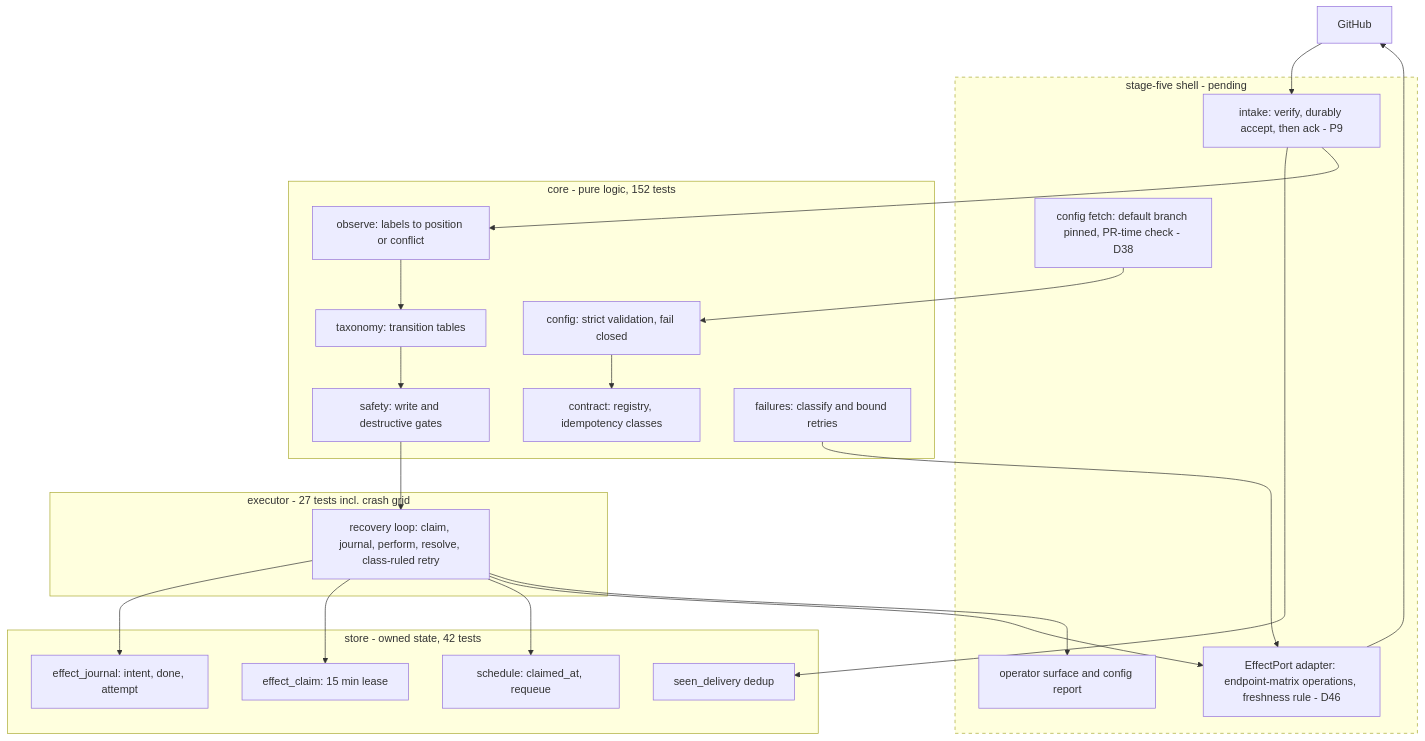
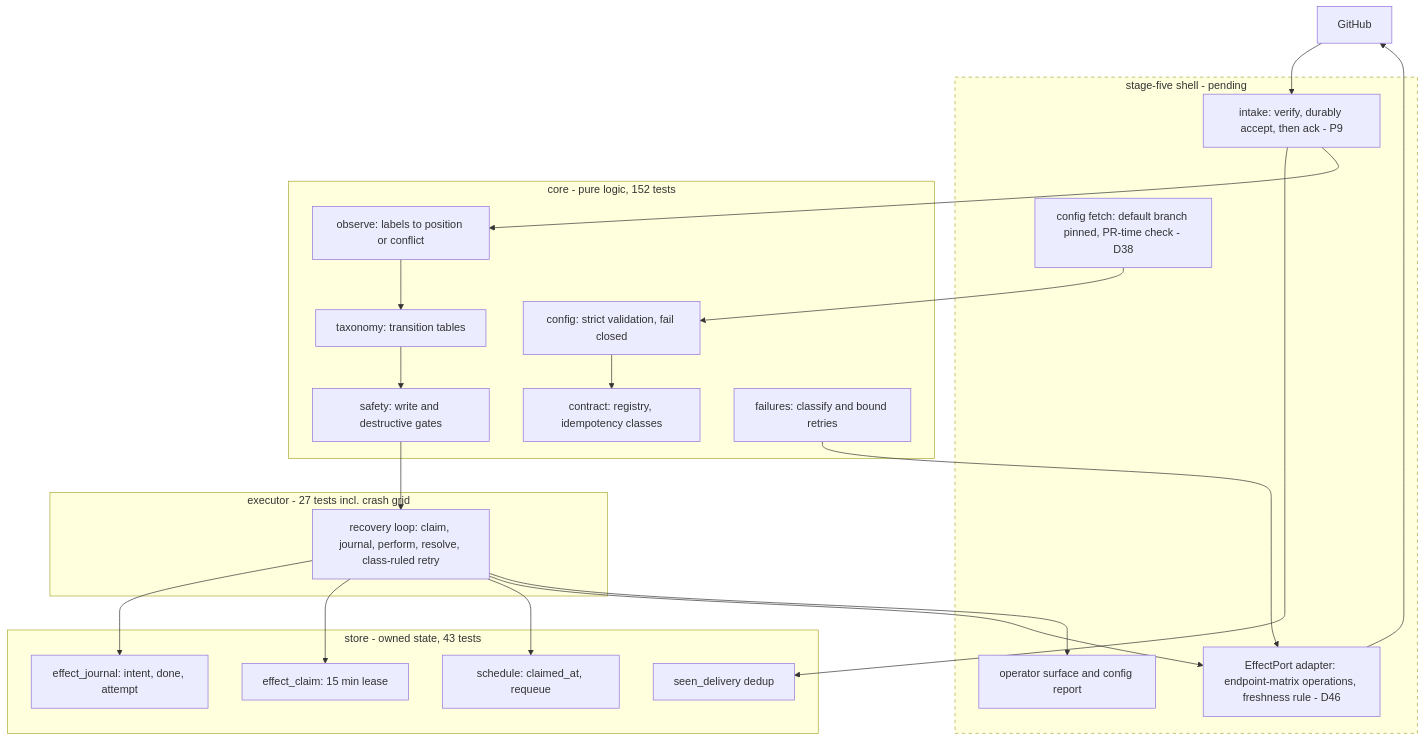
Before and after one commit to cheese-cakee/sdk-automations: the second of 2 diagrams in design/architecture.md, drawn with Mermaid. The commit also changed 5 other files, not shown here.

````diff
--- a/design/architecture.md
+++ b/design/architecture.md
@@ -65,38 +65,38 @@
 ```mermaid
 flowchart TB
     GH["GitHub"]
     subgraph SHELL["stage-five shell - pending"]
         IN["intake: verify, durably accept, then ack - P9"]
         CFGF["config fetch: default branch pinned, PR-time check - D38"]
         PORT["EffectPort adapter: endpoint-matrix operations, freshness rule - D46"]
         OPS["operator surface and config report"]
     end
     subgraph CORE["core - pure logic, 152 tests"]
         CFG["config: strict validation, fail closed"]
         REG["contract: registry, idempotency classes"]
         OBS["observe: labels to position or conflict"]
         TX["taxonomy: transition tables"]
         SAFE["safety: write and destructive gates"]
         FAILC["failures: classify and bound retries"]
     end
-    subgraph STORE["store - owned state, 42 tests"]
+    subgraph STORE["store - owned state, 43 tests"]
         SEEN["seen_delivery dedup"]
         JRN["effect_journal: intent, done, attempt"]
         CLM["effect_claim: 15 min lease"]
         SCH["schedule: claimed_at, requeue"]
     end
     subgraph EXECP["executor - 27 tests incl. crash grid"]
         LOOP["recovery loop: claim, journal, perform, resolve, class-ruled retry"]
     end
     GH --> IN --> SEEN
     IN --> OBS
     CFGF --> CFG --> REG
     OBS --> TX --> SAFE --> LOOP
     LOOP --> JRN
     LOOP --> CLM
     LOOP --> SCH
     LOOP --> PORT --> GH
     FAILC --> PORT
     LOOP --> OPS
     style SHELL stroke-dasharray: 5 5
 ```
````
